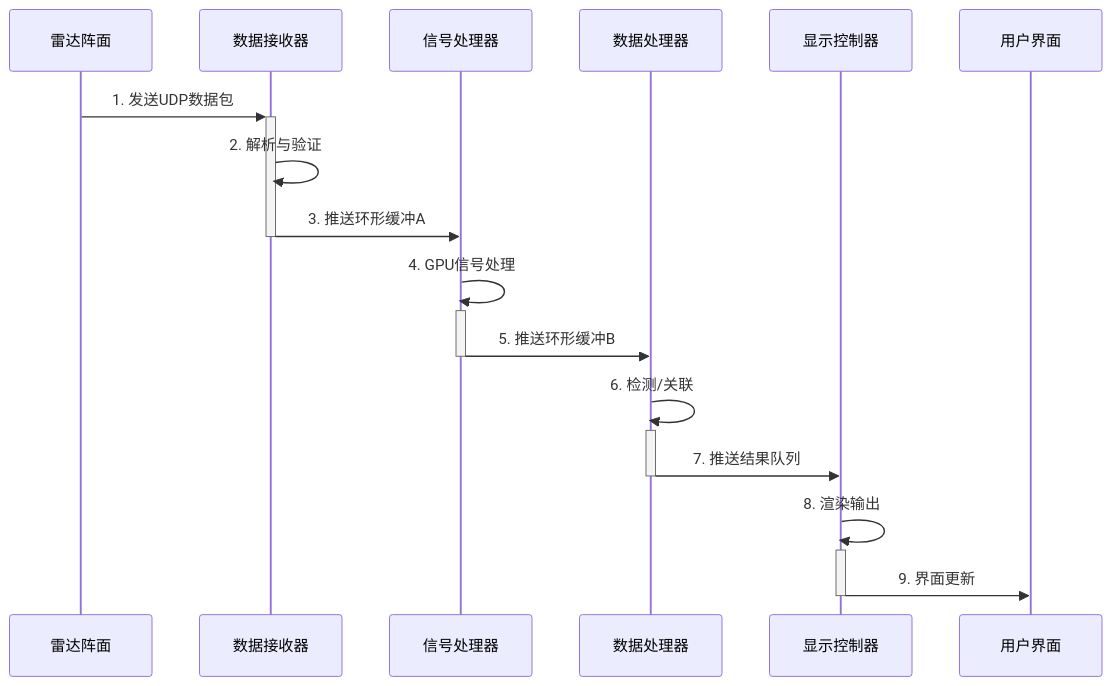
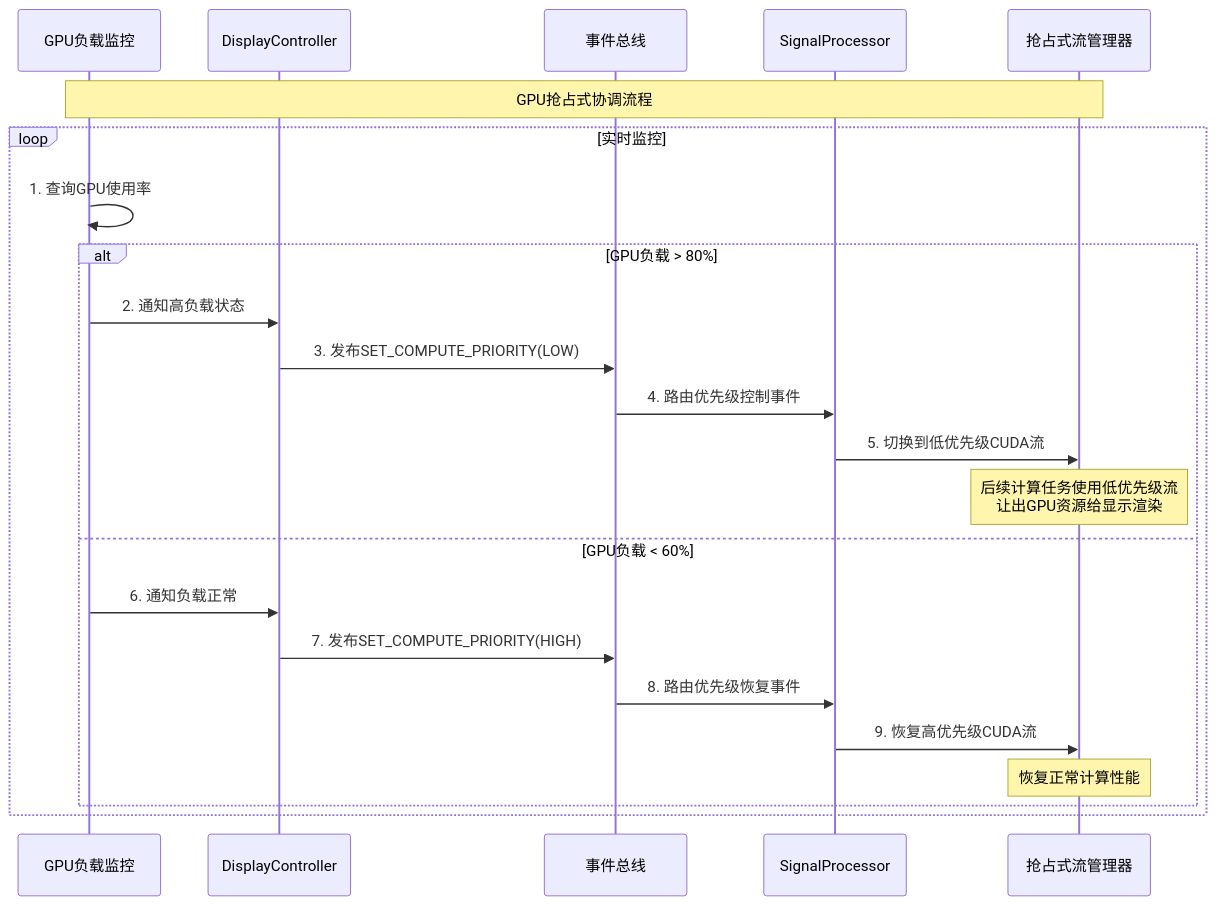
The ninth of 26 diagrams in docs/01_项目设计/01_项目设计/03_系统架构总览.md (wendizhou99-cell/Radar), drawn with Mermaid before and after one commit. The commit also changed other lines of this file and 27 other files, not shown here.

````diff
--- a/docs/01_项目设计/01_项目设计/03_系统架构总览.md
+++ b/docs/01_项目设计/01_项目设计/03_系统架构总览.md
@@ -323,19 +616,27 @@
 ```mermaid
 sequenceDiagram
-    participant Radar as 雷达阵面
-    participant Receiver as 数据接收器
-    participant SignalProc as 信号处理器
-    participant DataProc as 数据处理器
-    participant Display as 显示控制器
-    participant User as 用户界面
+    participant Monitor as GPU负载监控
+    participant DisplayCtrl as DisplayController
+    participant EventBus as 事件总线
+    participant SignalProc as SignalProcessor
+    participant StreamMgr as 抢占式流管理器
 
-    Radar->>+Receiver: 1. 发送UDP数据包
-    Receiver->>Receiver: 2. 解析与验证
-    Receiver->>-SignalProc: 3. 推送环形缓冲A
-    SignalProc->>+SignalProc: 4. GPU信号处理
-    SignalProc->>-DataProc: 5. 推送环形缓冲B
-    DataProc->>+DataProc: 6. 检测/关联
-    DataProc->>-Display: 7. 推送结果队列
-    Display->>+Display: 8. 渲染输出
-    Display->>-User: 9. 界面更新
+    Note over Monitor,StreamMgr: GPU抢占式协调流程
+
+    loop 实时监控
+        Monitor->>Monitor: 1. 查询GPU使用率
+        alt GPU负载 > 80%
+            Monitor->>DisplayCtrl: 2. 通知高负载状态
+            DisplayCtrl->>EventBus: 3. 发布SET_COMPUTE_PRIORITY(LOW)
+            EventBus->>SignalProc: 4. 路由优先级控制事件
+            SignalProc->>StreamMgr: 5. 切换到低优先级CUDA流
+            Note over StreamMgr: 后续计算任务使用低优先级流<br/>让出GPU资源给显示渲染
+        else GPU负载 < 60%
+            Monitor->>DisplayCtrl: 6. 通知负载正常
+            DisplayCtrl->>EventBus: 7. 发布SET_COMPUTE_PRIORITY(HIGH)
+            EventBus->>SignalProc: 8. 路由优先级恢复事件
+            SignalProc->>StreamMgr: 9. 恢复高优先级CUDA流
+            Note over StreamMgr: 恢复正常计算性能
+        end
+    end
 ```
````
